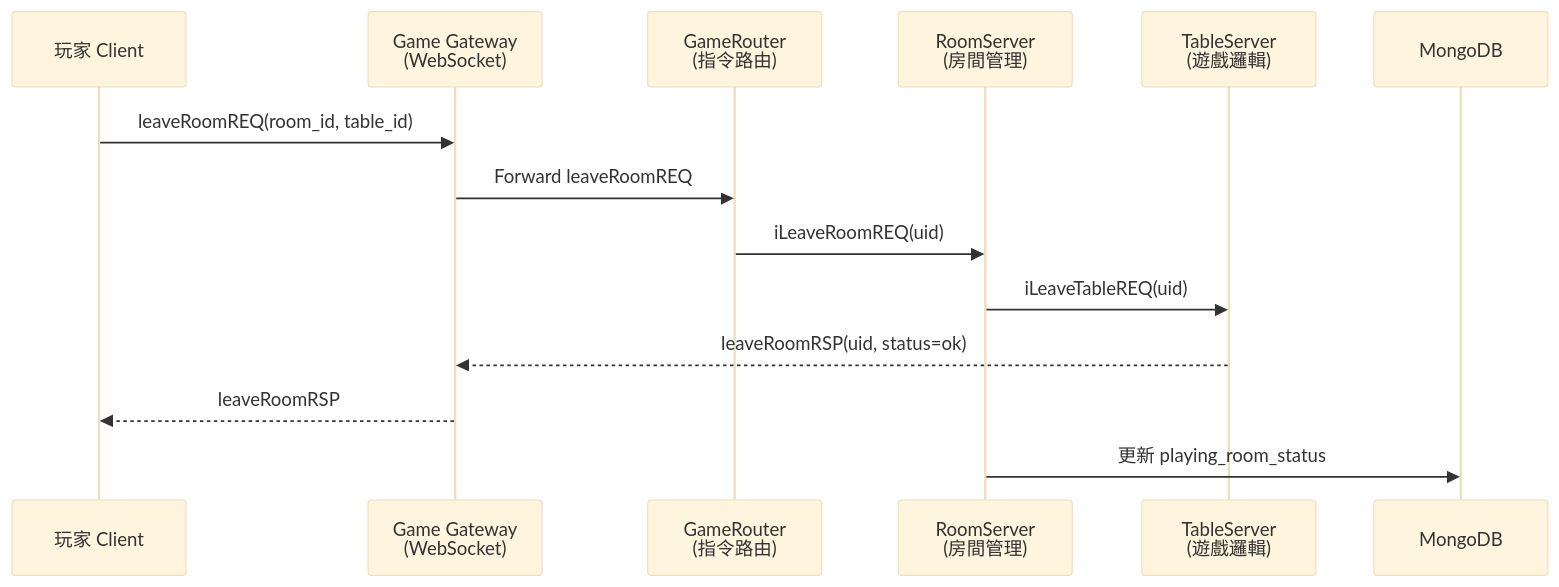
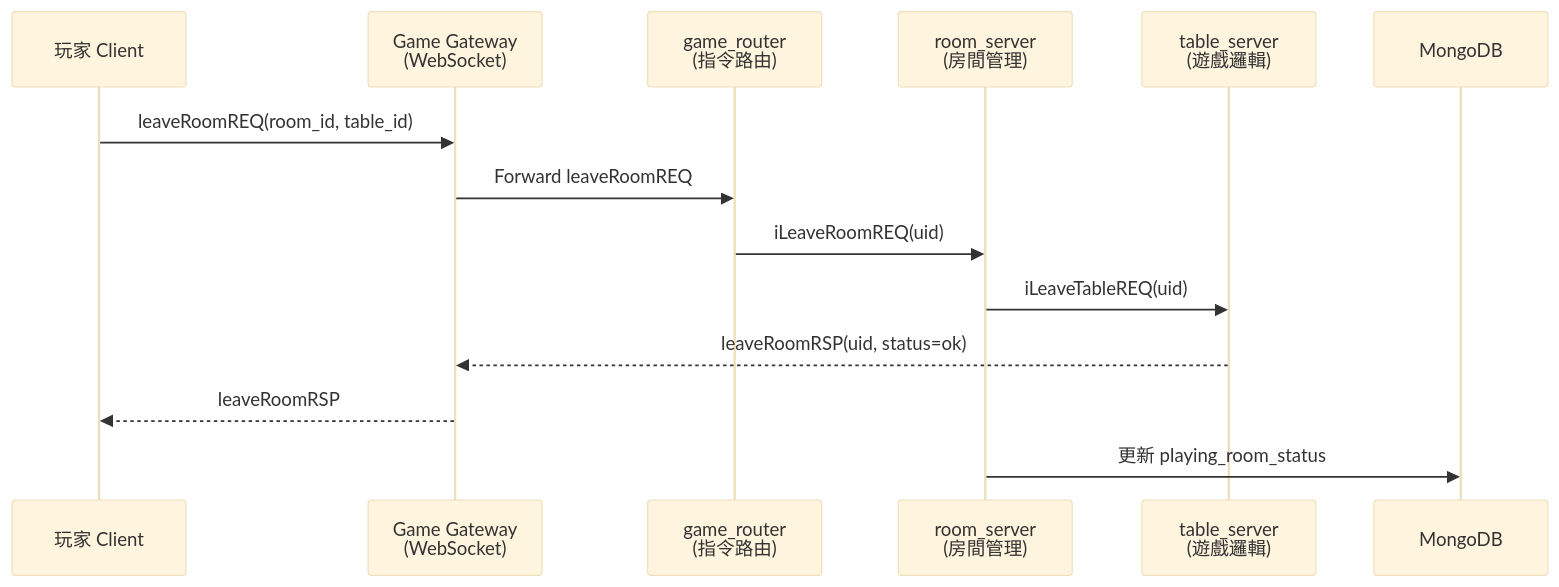
The diagram in leave_room_req.md (leeisman/poker_architecture), drawn with Mermaid (base theme) before and after one commit. The commit also changed 12 other files, not shown here.

````diff
--- a/leave_room_req.md
+++ b/leave_room_req.md
@@ -9,28 +9,28 @@
 ```mermaid
 sequenceDiagram
     participant Client as 玩家 Client
     participant Gateway as Game Gateway<br/>(WebSocket)
-    participant GameRouter as GameRouter<br/>(指令路由)
-    participant Room as RoomServer<br/>(房間管理)
-    participant Table as TableServer<br/>(遊戲邏輯)
+    participant game_router as game_router<br/>(指令路由)
+    participant Room as room_server<br/>(房間管理)
+    participant Table as table_server<br/>(遊戲邏輯)
     participant Mongo as MongoDB
 
     %% 玩家送出離開請求
     Client->>Gateway: leaveRoomREQ(room_id, table_id)
 
-    %% Gateway 將指令轉發至 GameRouter
-    Gateway->>GameRouter: Forward leaveRoomREQ
+    %% Gateway 將指令轉發至 game_router
+    Gateway->>game_router: Forward leaveRoomREQ
 
-    %% GameRouter 根據快取或 Mongo 查找 RoomServer instance
-    GameRouter->>Room: iLeaveRoomREQ(uid)
+    %% game_router 根據快取或 Mongo 查找 room_server instance
+    game_router->>Room: iLeaveRoomREQ(uid)
 
-    %% RoomServer 更新記憶體與 table mapping 狀態
+    %% room_server 更新記憶體與 table mapping 狀態
     Room->>Table: iLeaveTableREQ(uid)
 
-    %% TableServer 處理離桌並直接回應 Gateway
+    %% table_server 處理離桌並直接回應 Gateway
     Table-->>Gateway: leaveRoomRSP(uid, status=ok)
     Gateway-->>Client: leaveRoomRSP
 
-    %% RoomServer 同步更新持久層
+    %% room_server 同步更新持久層
     Room->>Mongo: 更新 playing_room_status
 ```
````
